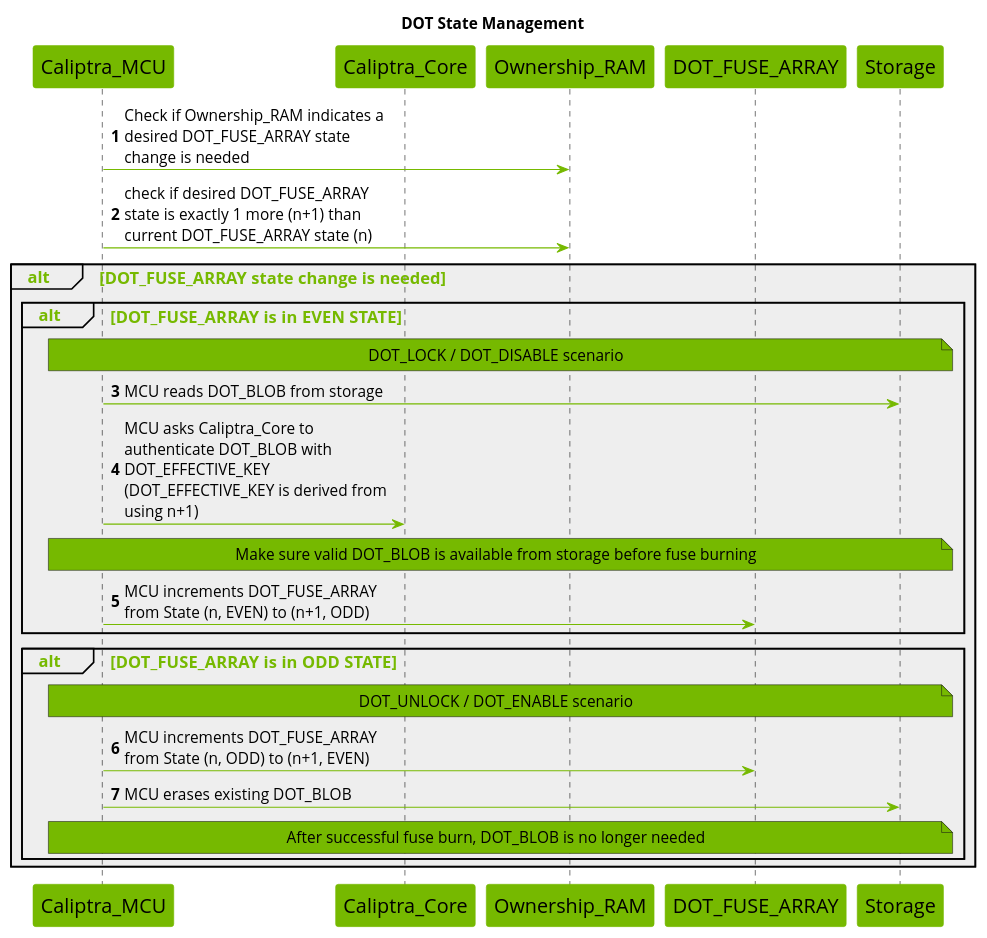
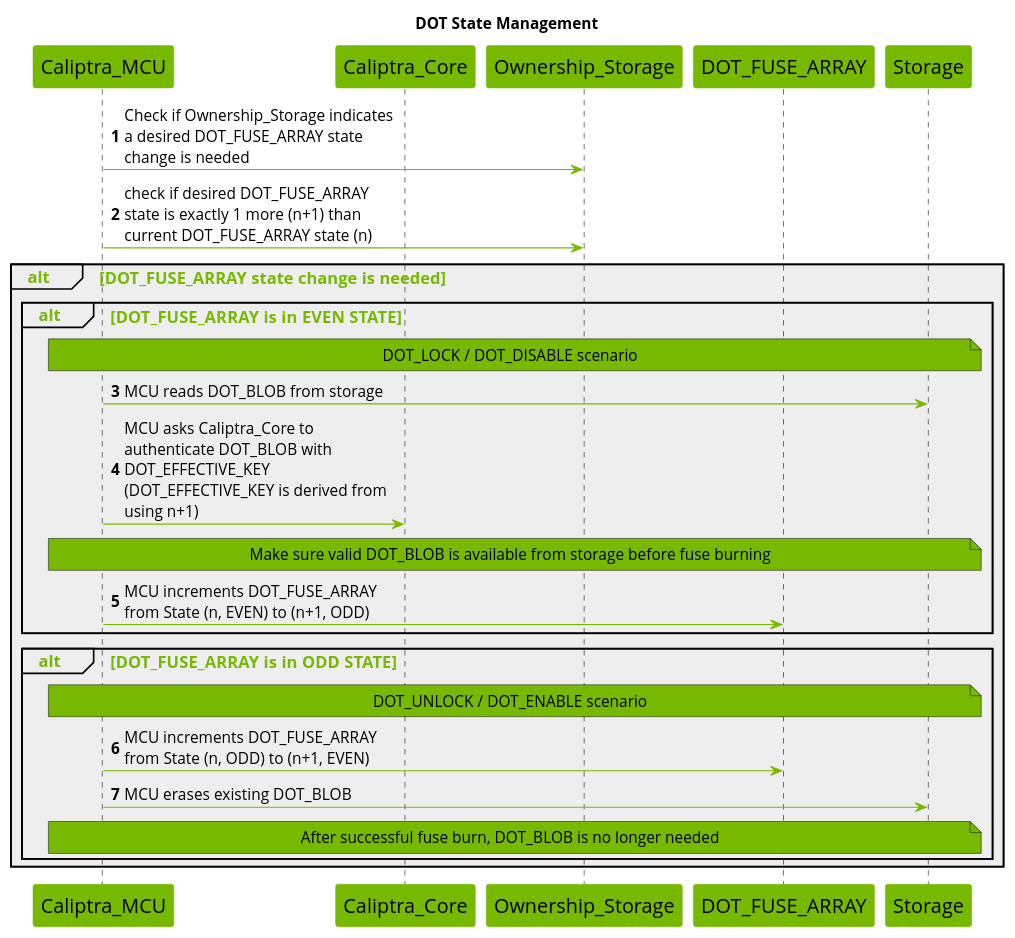
One commit to zhalvorsen/caliptra-mcu-sw changed the fifth of 9 diagrams in docs/src/dot.md. Above: the diagram before and after it, drawn with PlantUML. The commit also changed other lines of this file, not shown here.

Commit message:
Modify dot.md to rephrase Ownership_RAM as Ownership_Storage (#611)

````diff
--- a/docs/src/dot.md
+++ b/docs/src/dot.md
@@ -735,56 +736,56 @@
 ```plantuml
 @startuml
 
 title DOT State Management
 
 skinparam maxMessageSize 250
 skinparam wrapWidth 700
 skinparam backgroundColor white
 skinparam NoteBackgroundColor #76b900
 skinparam NoteFontSize 14
 skinparam SequenceGroupBodyBackgroundColor #EEEEEE
 skinparam defaultFontName Open Sans
 
 skinparam sequence {
     ArrowColor #76b900
     ActorBorderColor #76b900
     LifeLineBorderColor #000000
     LifeLineBackgroundColor #76b900
     GroupHeaderFontsize 15
     GroupHeaderFontColor #76b900
     GroupFontSize 15
     GroupFontColor #76b900
     ArrowFontSize 15
     ParticipantBorderColor #76b900
     ParticipantBackgroundColor #76b900
     ParticipantFontSize 18
     ParticipantFontColor black
     ArrowFontSize 14
 }
 
 participant Caliptra_MCU
 participant Caliptra_Core
-participant Ownership_RAM
+participant Ownership_Storage
 participant DOT_FUSE_ARRAY
 participant Storage
 
 autonumber
-Caliptra_MCU -> Ownership_RAM : Check if Ownership_RAM indicates a desired DOT_FUSE_ARRAY state change is needed
-Caliptra_MCU -> Ownership_RAM : check if desired DOT_FUSE_ARRAY state is exactly 1 more (n+1) than current DOT_FUSE_ARRAY state (n)
+Caliptra_MCU -> Ownership_Storage : Check if Ownership_Storage indicates a desired DOT_FUSE_ARRAY state change is needed
+Caliptra_MCU -> Ownership_Storage : check if desired DOT_FUSE_ARRAY state is exactly 1 more (n+1) than current DOT_FUSE_ARRAY state (n)
 alt DOT_FUSE_ARRAY state change is needed
     alt DOT_FUSE_ARRAY is in EVEN STATE
         note across : DOT_LOCK / DOT_DISABLE scenario
         Caliptra_MCU -> Storage : MCU reads DOT_BLOB from storage
         Caliptra_MCU -> Caliptra_Core : MCU asks Caliptra_Core to authenticate DOT_BLOB with DOT_EFFECTIVE_KEY (DOT_EFFECTIVE_KEY is derived from using n+1)
         note across : Make sure valid DOT_BLOB is available from storage before fuse burning
         Caliptra_MCU -> DOT_FUSE_ARRAY : MCU increments DOT_FUSE_ARRAY from State (n, EVEN) to (n+1, ODD)
     end
     alt DOT_FUSE_ARRAY is in ODD STATE
         note across : DOT_UNLOCK / DOT_ENABLE scenario
         Caliptra_MCU -> DOT_FUSE_ARRAY : MCU increments DOT_FUSE_ARRAY from State (n, ODD) to (n+1, EVEN)
         Caliptra_MCU -> Storage : MCU erases existing DOT_BLOB
         note across : After successful fuse burn, DOT_BLOB is no longer needed
     end
 end
 @enduml
 ```
````
